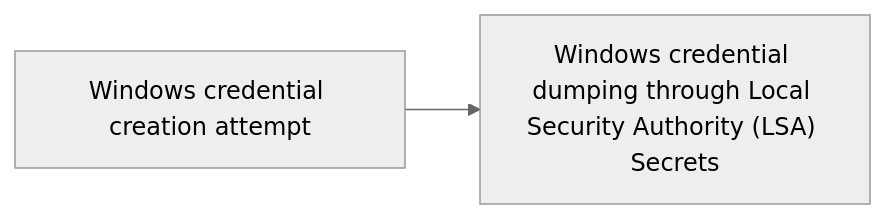
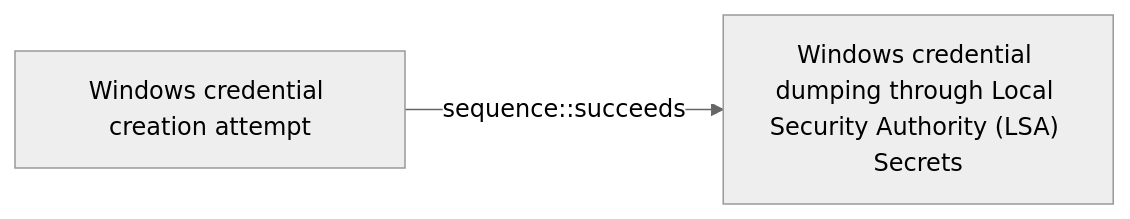
The diagram in docs/threats/windows-credential-creation-attempt.md (opentidehq/library), drawn with Mermaid (neutral theme) before and after one commit. The commit also changed other lines of this file and 277 other files, not shown here.

````diff
--- a/docs/threats/windows-credential-creation-attempt.md
+++ b/docs/threats/windows-credential-creation-attempt.md
@@ -70,6 +110,6 @@
 ```mermaid
 flowchart LR
 09b9aee8_3849_4578_8243_17157d6d54e0["Windows credential creation attempt"]
 444e014f_d830_4d0d_9c2e_1f76d80ba380["Windows credential dumping through Local Security Authority (LSA) Secrets"]
-09b9aee8_3849_4578_8243_17157d6d54e0 --> 444e014f_d830_4d0d_9c2e_1f76d80ba380
+09b9aee8_3849_4578_8243_17157d6d54e0 -->|sequence::succeeds| 444e014f_d830_4d0d_9c2e_1f76d80ba380
 ```
````
